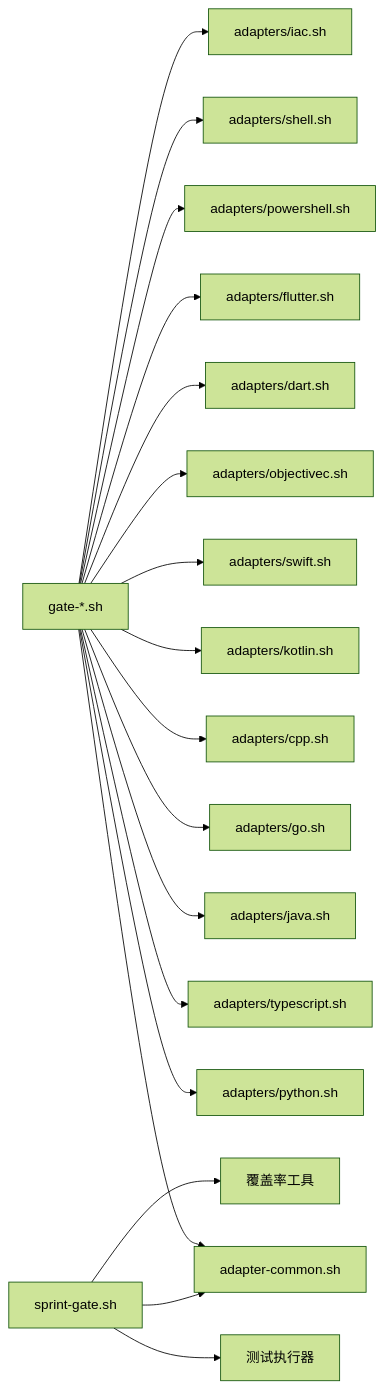
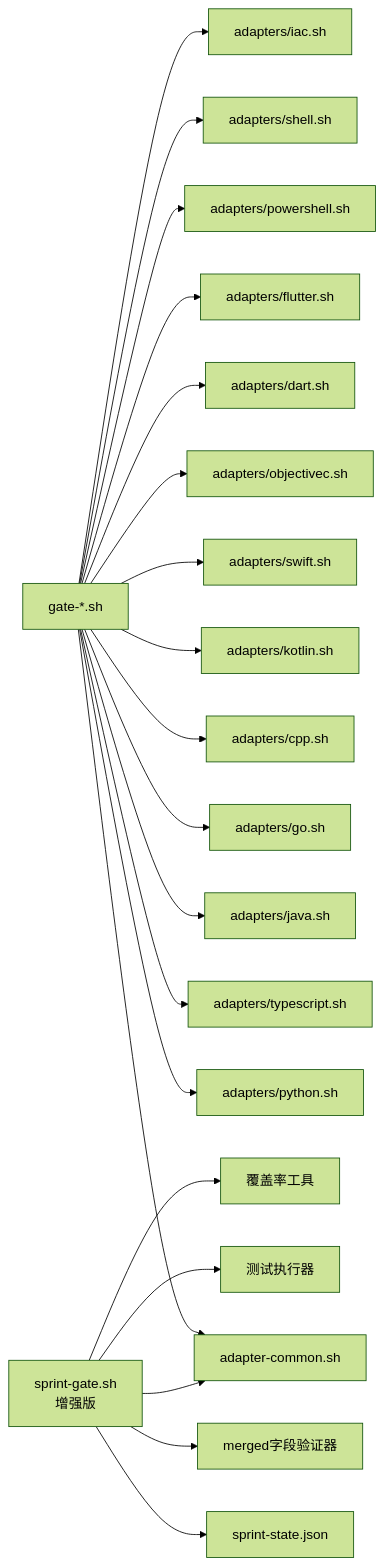
One commit to boyingliu01/fault-review-analyzer changed the seventh of 7 diagrams in .qoder/repowiki/zh/content/开发指南/Git Hooks系统.md. Above: the diagram before and after it, drawn with Mermaid (forest theme). The commit also changed other lines of this file and 123 other files, not shown here.

````diff
--- a/.qoder/repowiki/zh/content/开发指南/Git Hooks系统.md
+++ b/.qoder/repowiki/zh/content/开发指南/Git Hooks系统.md
@@ -485,20 +571,22 @@
 ```mermaid
 graph LR
 Gate["gate-*.sh"] --> Common["adapter-common.sh"]
 Gate --> Py["adapters/python.sh"]
 Gate --> TS["adapters/typescript.sh"]
 Gate --> Java["adapters/java.sh"]
 Gate --> Go["adapters/go.sh"]
 Gate --> Cpp["adapters/cpp.sh"]
 Gate --> Kt["adapters/kotlin.sh"]
 Gate --> Swift["adapters/swift.sh"]
 Gate --> ObjC["adapters/objectivec.sh"]
 Gate --> Dart["adapters/dart.sh"]
 Gate --> Flutter["adapters/flutter.sh"]
 Gate --> PS["adapters/powershell.sh"]
 Gate --> Sh["adapters/shell.sh"]
 Gate --> IaC["adapters/iac.sh"]
-Sprint["sprint-gate.sh"] --> Common
+Sprint["sprint-gate.sh<br/>增强版"] --> Common
+Sprint --> State["sprint-state.json"]
+Sprint --> Validator["merged字段验证器"]
 Sprint --> TestExec["测试执行器"]
 Sprint --> Coverage["覆盖率工具"]
 ```
````
